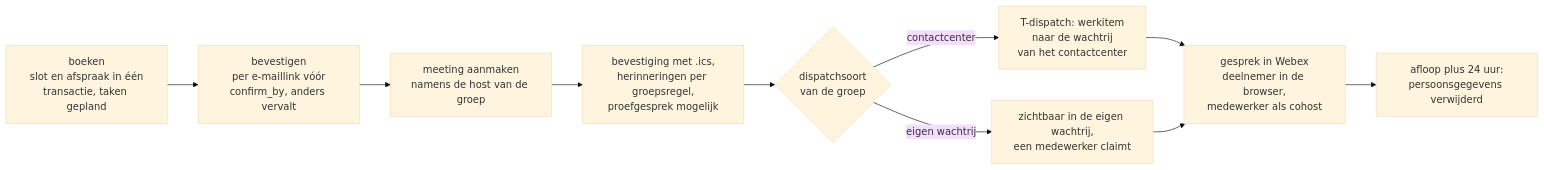
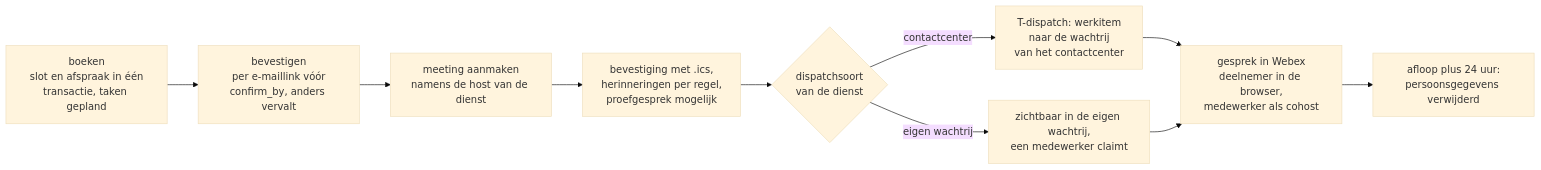
One commit to 3Corners-Labs/OpenPlanner changed the fifth of 9 diagrams in docs/applicatie-architectuur.md. Above: the diagram before and after it, drawn with Mermaid (base theme). The commit also changed other lines of this file, not shown here.

First line of the commit message:
docs: application architecture concept 2, with every flow and the hosting impact

````diff
--- a/docs/applicatie-architectuur.md
+++ b/docs/applicatie-architectuur.md
@@ -657,12 +775,12 @@
 ```mermaid
 flowchart LR
     boek["boeken<br/>slot en afspraak in één<br/>transactie, taken gepland"] --> bevestig["bevestigen<br/>per e-maillink vóór<br/>confirm_by, anders vervalt"]
-    bevestig --> meeting["meeting aanmaken<br/>namens de host van de groep"]
-    meeting --> bericht["bevestiging met .ics,<br/>herinneringen per groepsregel,<br/>proefgesprek mogelijk"]
-    bericht --> dispatch{"dispatchsoort<br/>van de groep"}
+    bevestig --> meeting["meeting aanmaken<br/>namens de host van de dienst"]
+    meeting --> bericht["bevestiging met .ics,<br/>herinneringen per regel,<br/>proefgesprek mogelijk"]
+    bericht --> dispatch{"dispatchsoort<br/>van de dienst"}
     dispatch -- "contactcenter" --> werkitem["T-dispatch: werkitem<br/>naar de wachtrij<br/>van het contactcenter"]
     dispatch -- "eigen wachtrij" --> claim["zichtbaar in de eigen wachtrij,<br/>een medewerker claimt"]
     werkitem --> gesprek["gesprek in Webex<br/>deelnemer in de browser,<br/>medewerker als cohost"]
     claim --> gesprek
     gesprek --> purge["afloop plus 24 uur:<br/>persoonsgegevens verwijderd"]
 ```
````
